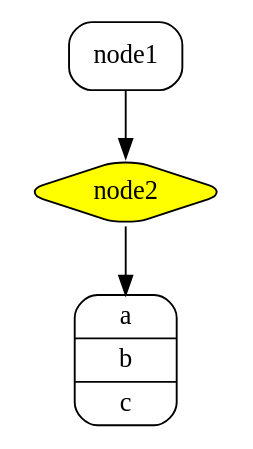
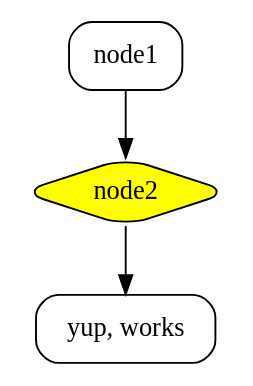
Before and after one commit to scphantm/willie-documentation-theme: the first of 2 diagrams in preview-src/diagrams.adoc, drawn with Graphviz. The commit also changed other lines of this file and 8 other files, not shown here.

```diff
--- a/preview-src/diagrams.adoc
+++ b/preview-src/diagrams.adoc
@@ -3,11 +3,10 @@
 [graphviz]
 ....
 digraph foo {
   node [style=rounded]
   node1 [shape=box]
   node2 [fillcolor=yellow, style="rounded,filled", shape=diamond]
-  node3 [shape=record, label="{ a | b | c }"]
-
+  node3 [shape=record, label="yup, works"]
   node1 -> node2 -> node3
 }
 ....
```
